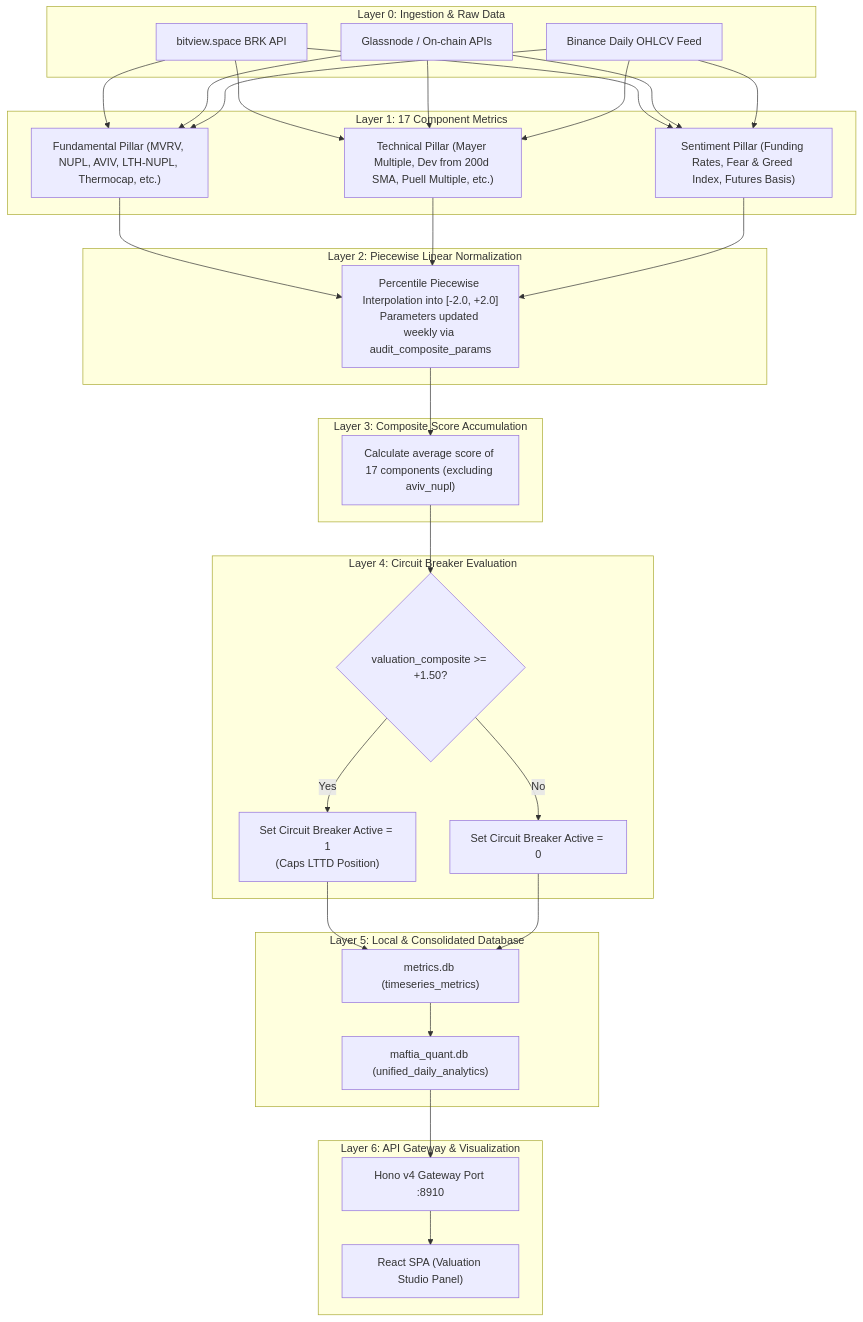
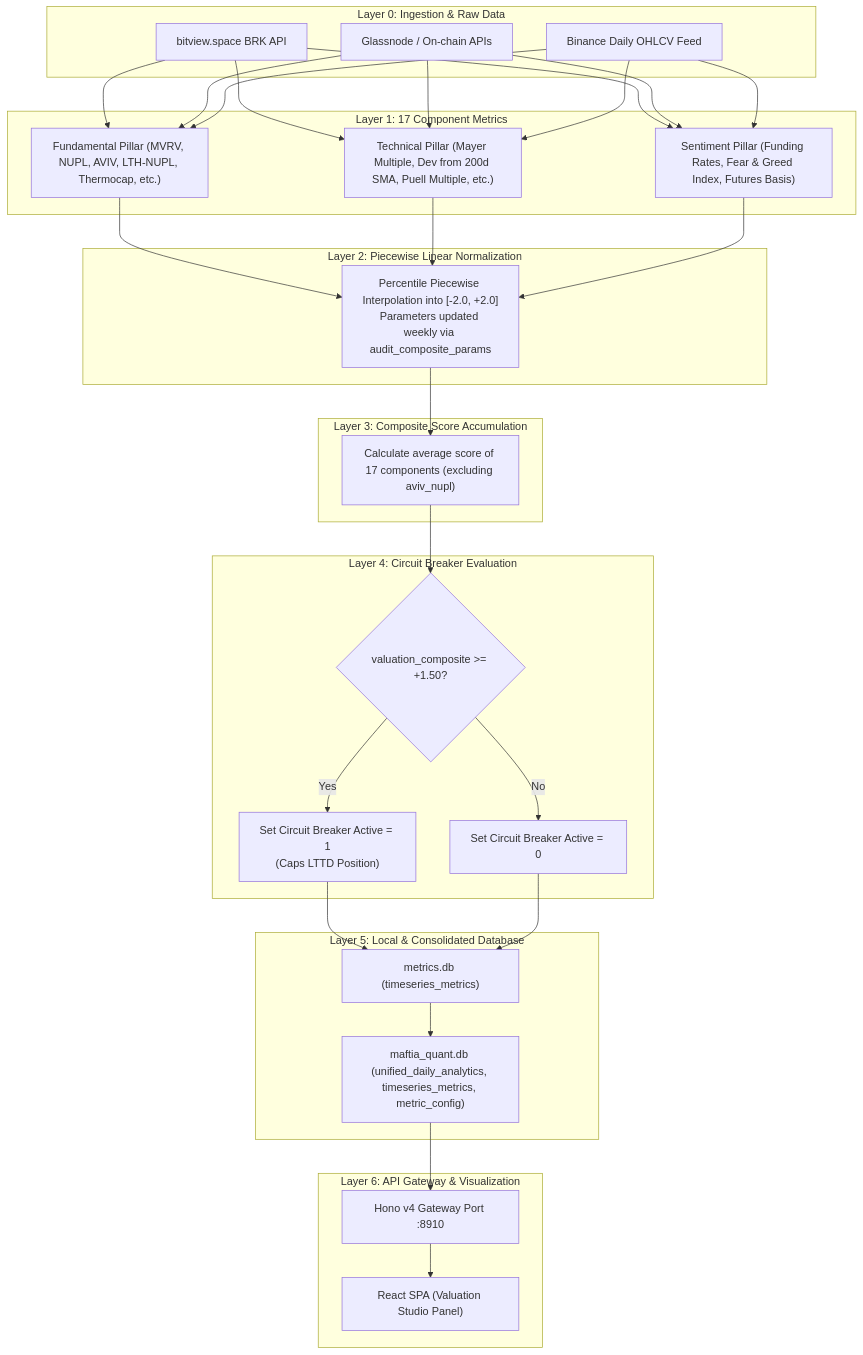
One commit to lutfi-zain/quant.maftia.tech changed the diagram in docs/architecture/01_valuation_system.md. Above: the diagram before and after it, drawn with Mermaid. The commit also changed 4 other files, not shown here.

````diff
--- a/docs/architecture/01_valuation_system.md
+++ b/docs/architecture/01_valuation_system.md
@@ -24,45 +24,45 @@
 ```mermaid
 graph TD
     subgraph Layer0 [Layer 0: Ingestion & Raw Data]
         D_Bitview["bitview.space BRK API"]
         D_Glassnode["Glassnode / On-chain APIs"]
         D_OHLCV["Binance Daily OHLCV Feed"]
     end
 
     subgraph Layer1 [Layer 1: 17 Component Metrics]
         P1["Fundamental Pillar (MVRV, NUPL, AVIV, LTH-NUPL, Thermocap, etc.)"]
         P2["Technical Pillar (Mayer Multiple, Dev from 200d SMA, Puell Multiple, etc.)"]
         P3["Sentiment Pillar (Funding Rates, Fear & Greed Index, Futures Basis)"]
         D_Bitview & D_Glassnode & D_OHLCV --> P1 & P2 & P3
     end
 
     subgraph Layer2 [Layer 2: Piecewise Linear Normalization]
         Norm["Percentile Piecewise Interpolation into [-2.0, +2.0]<br/>Parameters updated weekly via audit_composite_params"]
         P1 & P2 & P3 --> Norm
     end
 
     subgraph Layer3 [Layer 3: Composite Score Accumulation]
         Composite["Calculate average score of 17 components (excluding aviv_nupl)"]
         Norm --> Composite
     end
 
     subgraph Layer4 [Layer 4: Circuit Breaker Evaluation]
         CB{"valuation_composite >= +1.50?"}
         Composite --> CB
         CB -->|Yes| CB_Active["Set Circuit Breaker Active = 1<br/>(Caps LTTD Position)"]
         CB -->|No| CB_Inactive["Set Circuit Breaker Active = 0"]
     end
 
     subgraph Layer5 [Layer 5: Local & Consolidated Database]
         DB_Val["metrics.db (timeseries_metrics)"]
-        DB_Master["maftia_quant.db (unified_daily_analytics)"]
+        DB_Master["maftia_quant.db (unified_daily_analytics, timeseries_metrics, metric_config)"]
         CB_Active & CB_Inactive --> DB_Val
         DB_Val --> DB_Master
     end
 
     subgraph Layer6 [Layer 6: API Gateway & Visualization]
         API["Hono v4 Gateway Port :8910"]
         UI["React SPA (Valuation Studio Panel)"]
         DB_Master --> API --> UI
     end
 ```
````
